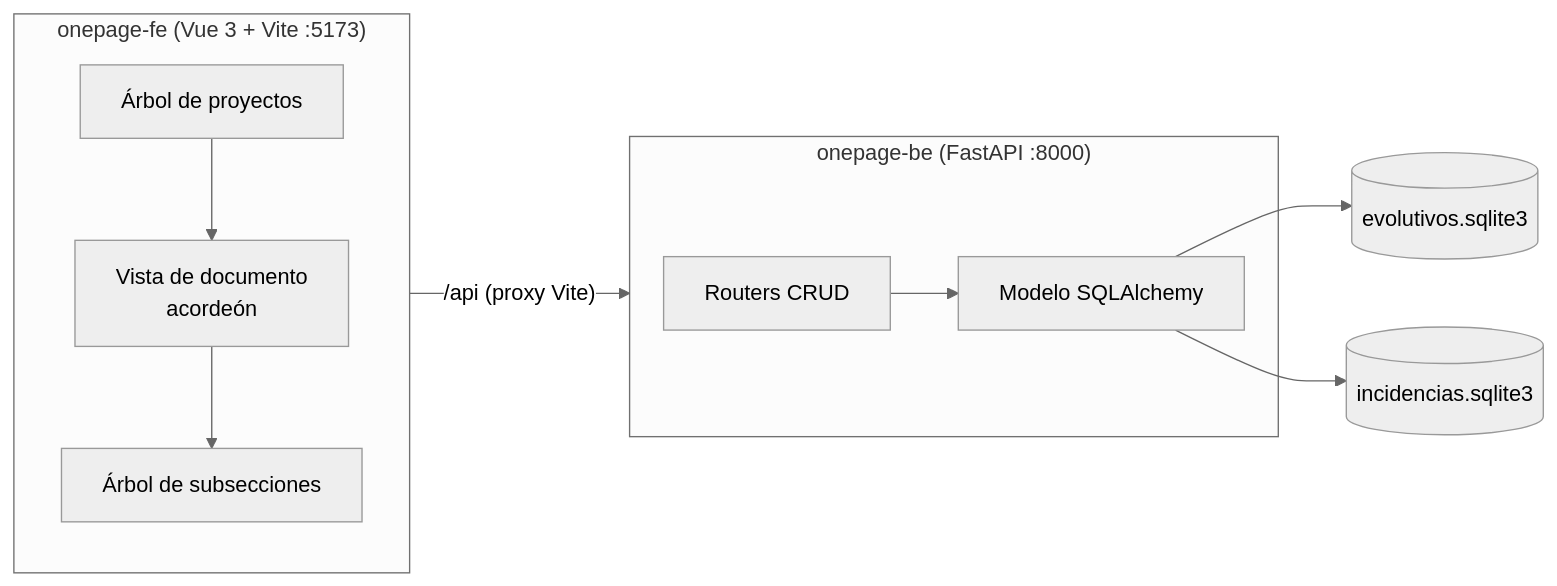
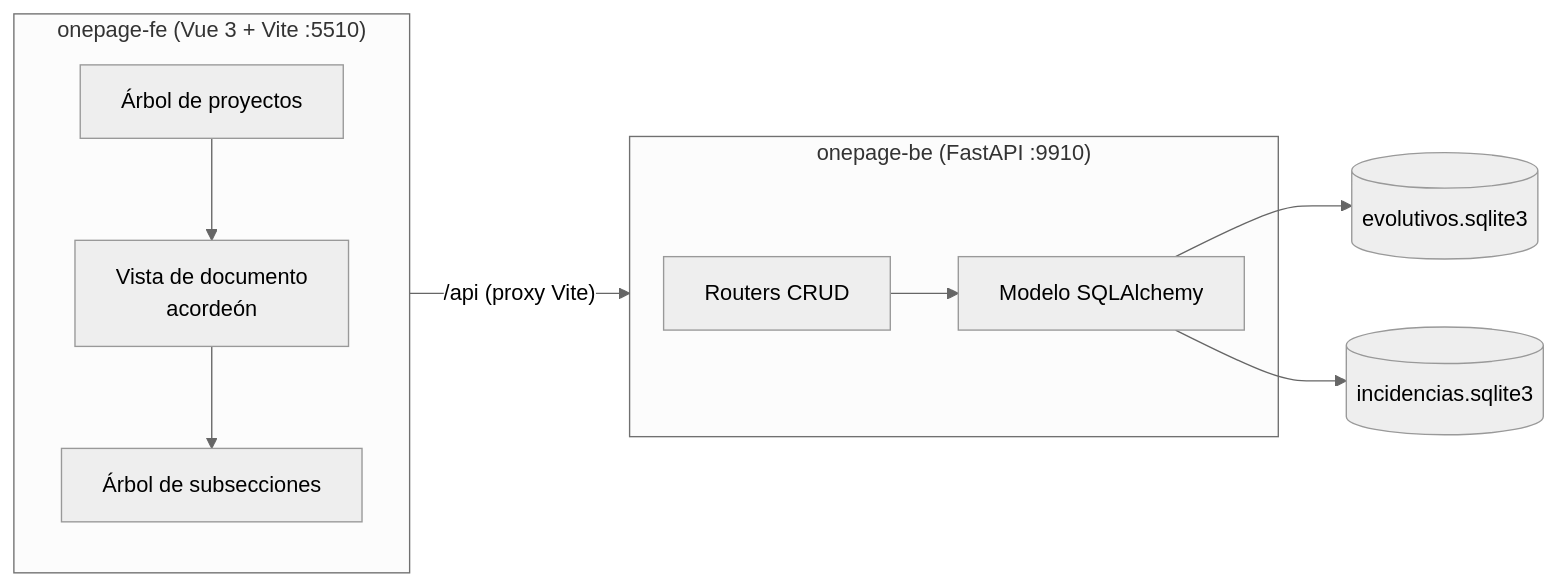
The diagram in README.md (JaviSarria/onepage), drawn with Mermaid (neutral theme) before and after one commit. The commit also changed other lines of this file and 6 other files, not shown here.

````diff
--- a/README.md
+++ b/README.md
@@ -88,13 +88,13 @@
 ```mermaid
 flowchart LR
-  subgraph FE["onepage-fe (Vue 3 + Vite :5173)"]
+  subgraph FE["onepage-fe (Vue 3 + Vite :5510)"]
     A[Árbol de proyectos] --> C[Vista de documento<br/>acordeón]
     C --> T[Árbol de subsecciones]
   end
-  subgraph BE["onepage-be (FastAPI :8000)"]
+  subgraph BE["onepage-be (FastAPI :9910)"]
     R[Routers CRUD] --> M[Modelo SQLAlchemy]
   end
   FE -- "/api (proxy Vite)" --> BE
   M --> DB1[(evolutivos.sqlite3)]
   M --> DB2[(incidencias.sqlite3)]
 ```
````
